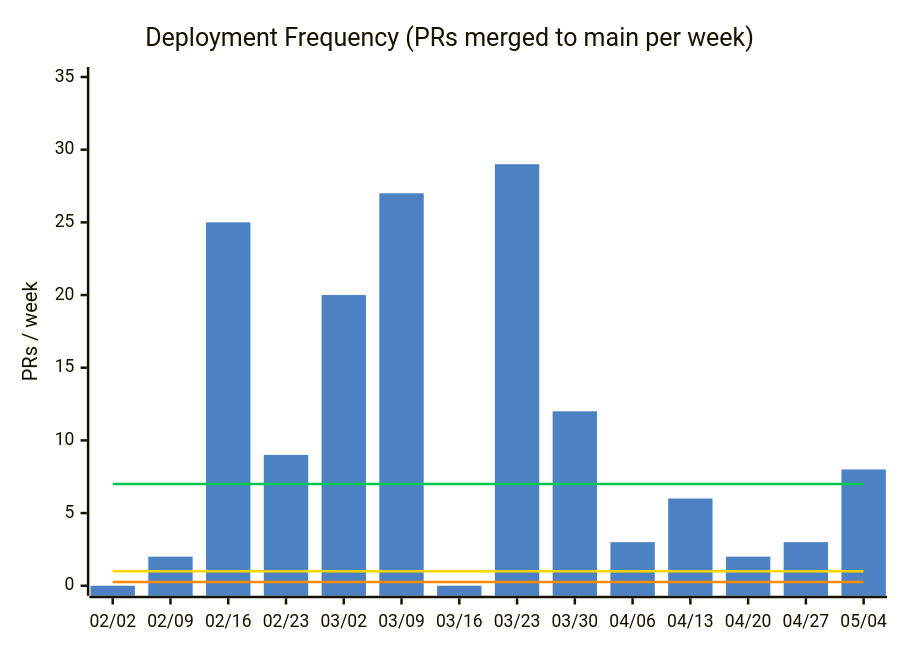
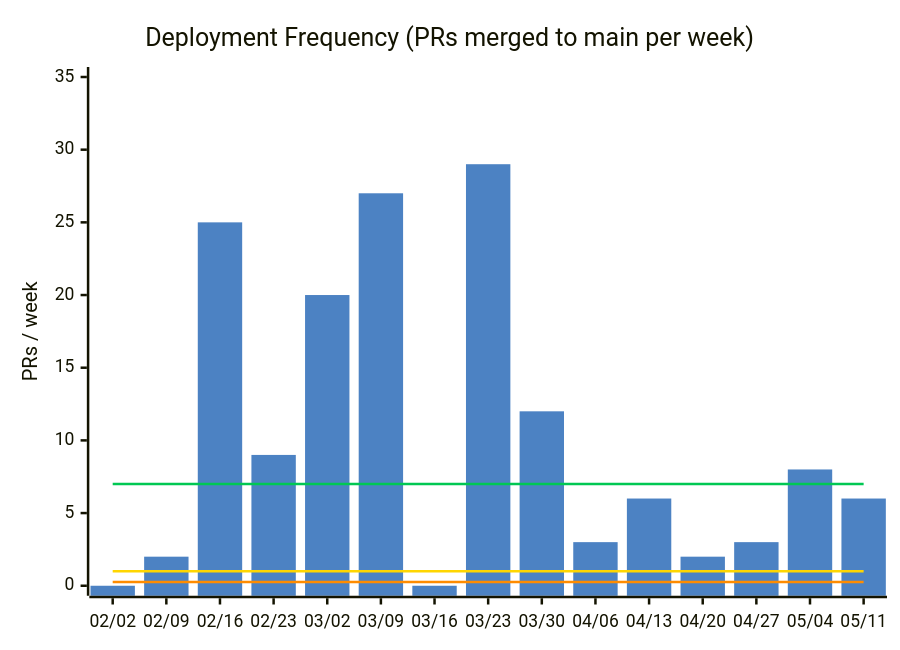
One commit to nablarch/nabledge-dev changed the first of 14 diagrams in docs/metrics.md. Above: the diagram before and after it, drawn with Mermaid. The commit also changed other lines of this file and 2 other files, not shown here.

````diff
--- a/docs/metrics.md
+++ b/docs/metrics.md
@@ -37,11 +37,11 @@
 ```mermaid
 %%{init: {'theme': 'base', 'themeVariables': {'xyChart': {'plotColorPalette': '#4C82C3,#00C853,#FFD600,#FF8C00'}}}}%%
 xychart-beta
   title "Deployment Frequency (PRs merged to main per week)"
-  x-axis ["02/02", "02/09", "02/16", "02/23", "03/02", "03/09", "03/16", "03/23", "03/30", "04/06", "04/13", "04/20", "04/27", "05/04"]
+  x-axis ["02/02", "02/09", "02/16", "02/23", "03/02", "03/09", "03/16", "03/23", "03/30", "04/06", "04/13", "04/20", "04/27", "05/04", "05/11"]
   y-axis "PRs / week" 0 --> 35
-  bar [0, 2, 25, 9, 20, 27, 0, 29, 12, 3, 6, 2, 3, 8]
-  line [7, 7, 7, 7, 7, 7, 7, 7, 7, 7, 7, 7, 7, 7]
-  line [1, 1, 1, 1, 1, 1, 1, 1, 1, 1, 1, 1, 1, 1]
-  line [0.25, 0.25, 0.25, 0.25, 0.25, 0.25, 0.25, 0.25, 0.25, 0.25, 0.25, 0.25, 0.25, 0.25]
+  bar [0, 2, 25, 9, 20, 27, 0, 29, 12, 3, 6, 2, 3, 8, 6]
+  line [7, 7, 7, 7, 7, 7, 7, 7, 7, 7, 7, 7, 7, 7, 7]
+  line [1, 1, 1, 1, 1, 1, 1, 1, 1, 1, 1, 1, 1, 1, 1]
+  line [0.25, 0.25, 0.25, 0.25, 0.25, 0.25, 0.25, 0.25, 0.25, 0.25, 0.25, 0.25, 0.25, 0.25, 0.25]
 ```
````
